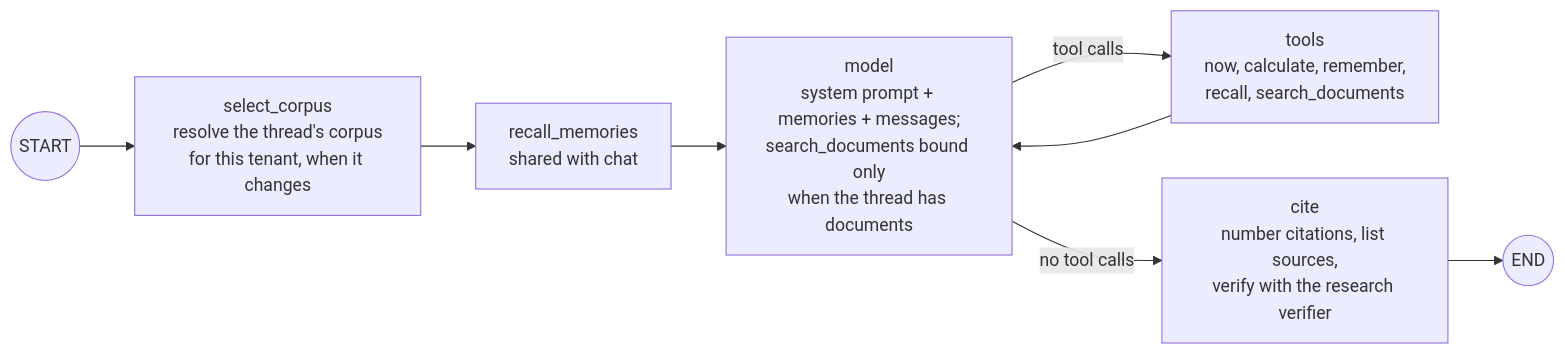
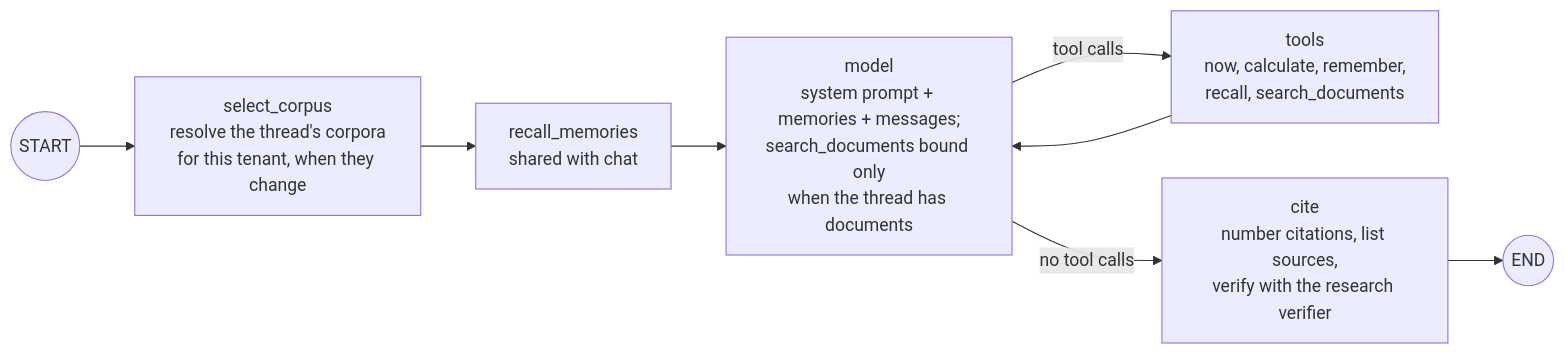
Before and after one commit to brentdunham/waypoint: the ninth of 9 diagrams in docs/guide/04-agents.md, drawn with Mermaid. The commit also changed other lines of this file and 22 other files, not shown here.

First line of the commit message:
Let a workspace thread search several corpora, and admins publish global ones

````diff
--- a/docs/guide/04-agents.md
+++ b/docs/guide/04-agents.md
@@ -327,10 +327,10 @@
 ```mermaid
 flowchart LR
-    S((START)) --> sel[select_corpus<br/>resolve the thread's corpus<br/>for this tenant, when it changes]
+    S((START)) --> sel[select_corpus<br/>resolve the thread's corpora<br/>for this tenant, when they change]
     sel --> recall[recall_memories<br/>shared with chat]
     recall --> model[model<br/>system prompt + memories + messages;<br/>search_documents bound only<br/>when the thread has documents]
     model -->|tool calls| tools[tools<br/>now, calculate, remember,<br/>recall, search_documents]
     tools --> model
     model -->|no tool calls| cite[cite<br/>number citations, list sources,<br/>verify with the research verifier]
     cite --> E((END))
 ```
````
